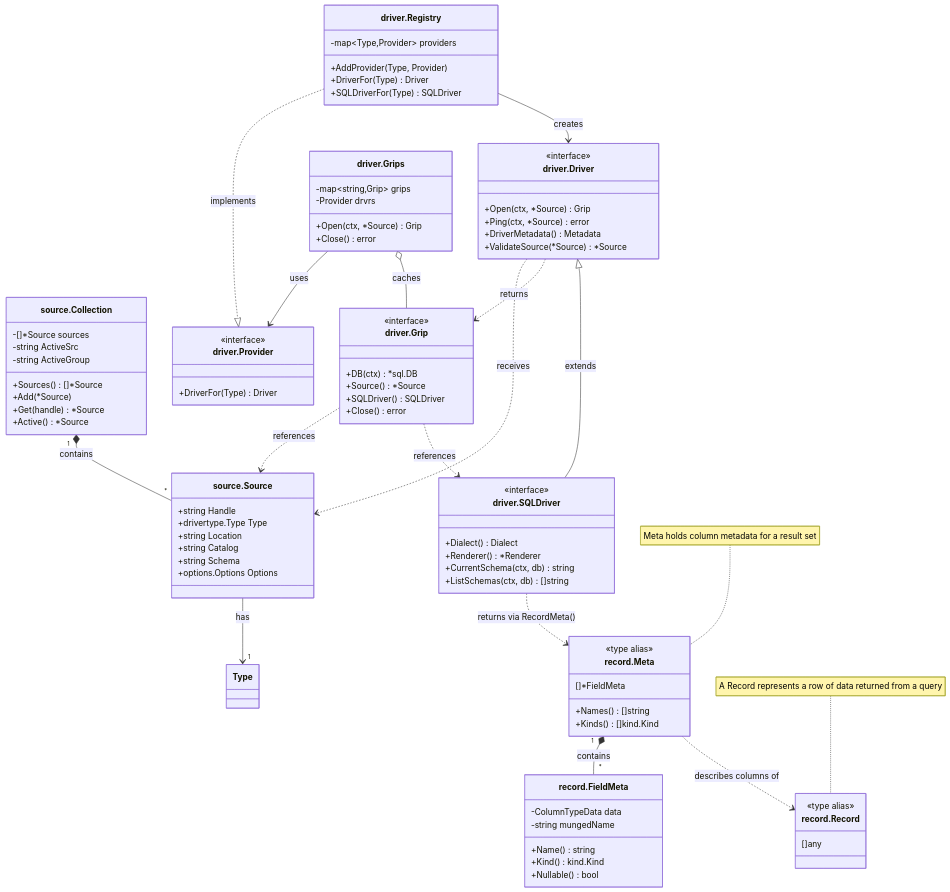
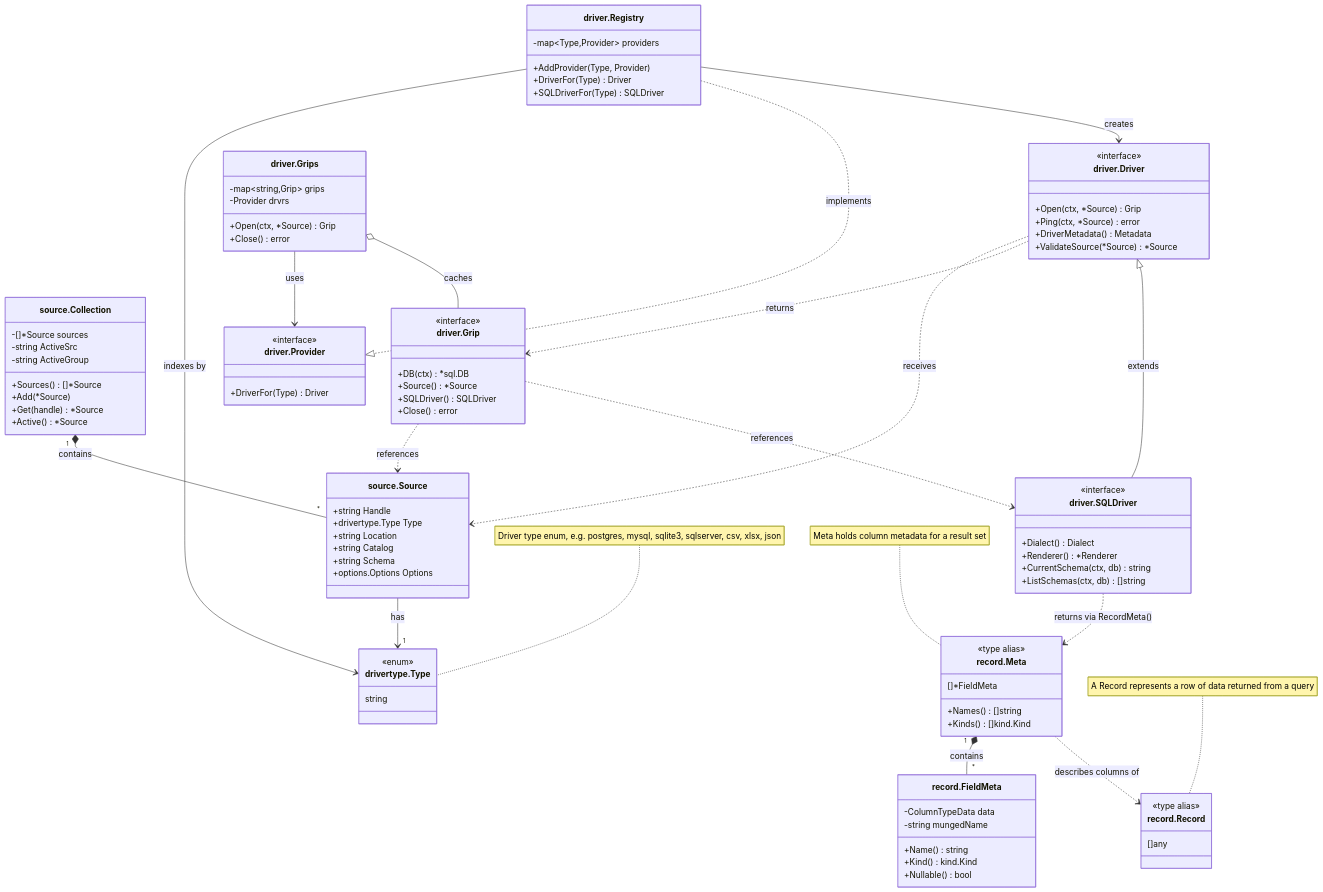
Before and after one commit to neilotoole/sq: the diagram in ARCHITECTURE.md, drawn with Mermaid.

Commit message:
Add drivertype.Type to architecture diagram
Break out drivertype.Type as its own class with enum stereotype
and explanatory note listing example values (postgres, mysql,
sqlite3, sqlserver, csv, xlsx, json). Add relationships showing
Source has a Type and Registry indexes providers by Type.

```diff
--- a/ARCHITECTURE.md
+++ b/ARCHITECTURE.md
@@ -25,6 +25,12 @@
         +string Schema
         +options.Options Options
     }
+
+    class `drivertype.Type` {
+        <<enum>>
+        string
+    }
+    note for `drivertype.Type` "Driver type enum, e.g. postgres, mysql, sqlite3, sqlserver, csv, xlsx, json"
 
     class `driver.Registry` {
         -map~Type,Provider~ providers
@@ -92,7 +98,8 @@
     }
 
     `source.Collection` "1" *-- "*" `source.Source` : contains
-    `source.Source` --> "1" Type : has
+    `source.Source` --> "1" `drivertype.Type` : has
+    `driver.Registry` --> `drivertype.Type` : indexes by
     `driver.Registry` ..|> `driver.Provider` : implements
     `driver.Registry` --> `driver.Driver` : creates
     `driver.SQLDriver` --|> `driver.Driver` : extends
```
